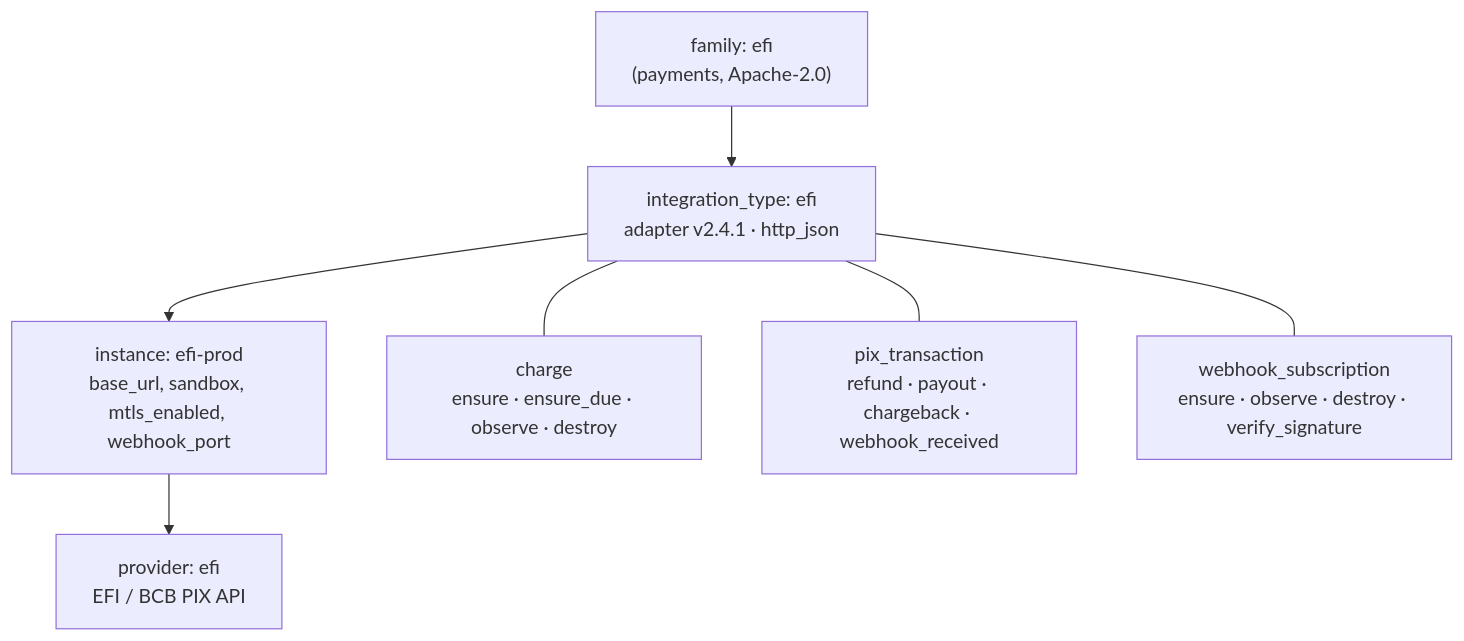
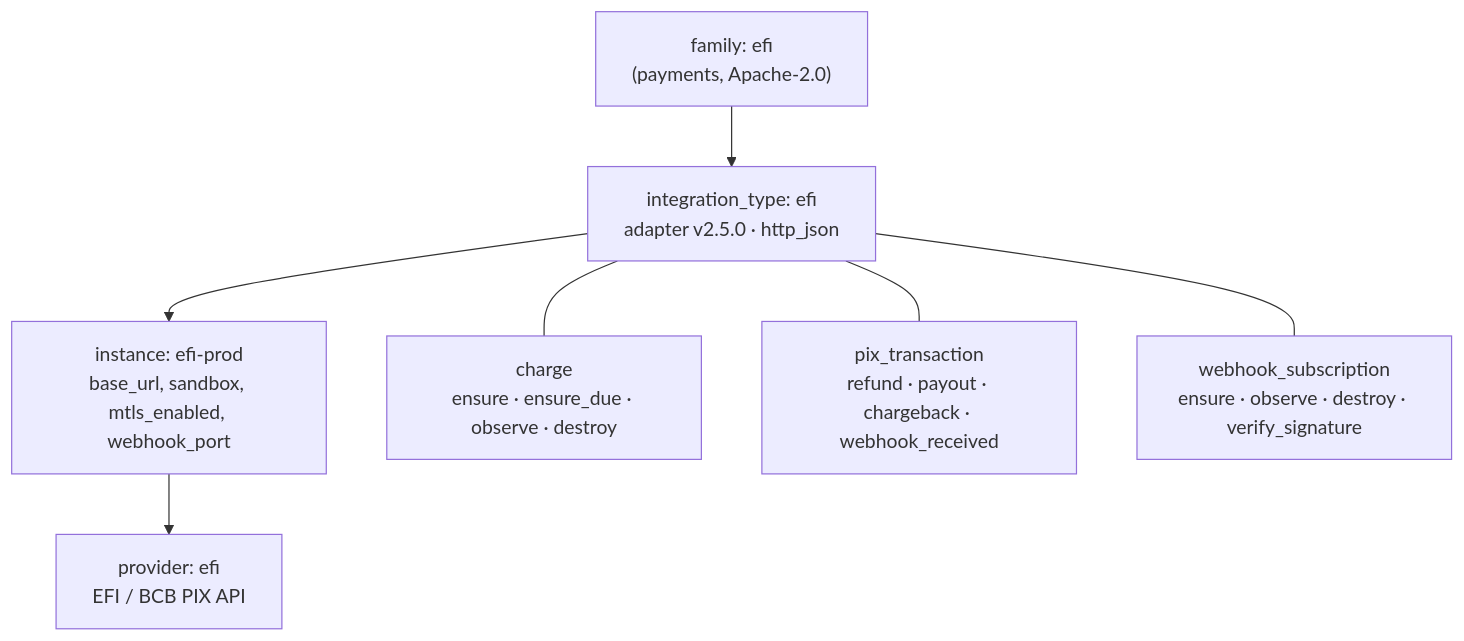
The second of 3 diagrams in README.md (dakasa-yggdrasil/integration-efi), drawn with Mermaid before and after one commit. The commit also changed other lines of this file and 9 other files, not shown here.

````diff
--- a/README.md
+++ b/README.md
@@ -73,12 +73,12 @@
 ```mermaid
 flowchart TD
   fam["family: efi<br/>(payments, Apache-2.0)"]
-  typ["integration_type: efi<br/>adapter v2.4.1 · http_json"]
+  typ["integration_type: efi<br/>adapter v2.5.0 · http_json"]
   inst["instance: efi-prod<br/>base_url, sandbox, mtls_enabled, webhook_port"]
   prov["provider: efi<br/>EFI / BCB PIX API"]
   fam --> typ --> inst --> prov
 
   typ --- rt1["charge<br/>ensure · ensure_due · observe · destroy"]
   typ --- rt2["pix_transaction<br/>refund · payout · chargeback · webhook_received"]
   typ --- rt3["webhook_subscription<br/>ensure · observe · destroy · verify_signature"]
 ```
````
